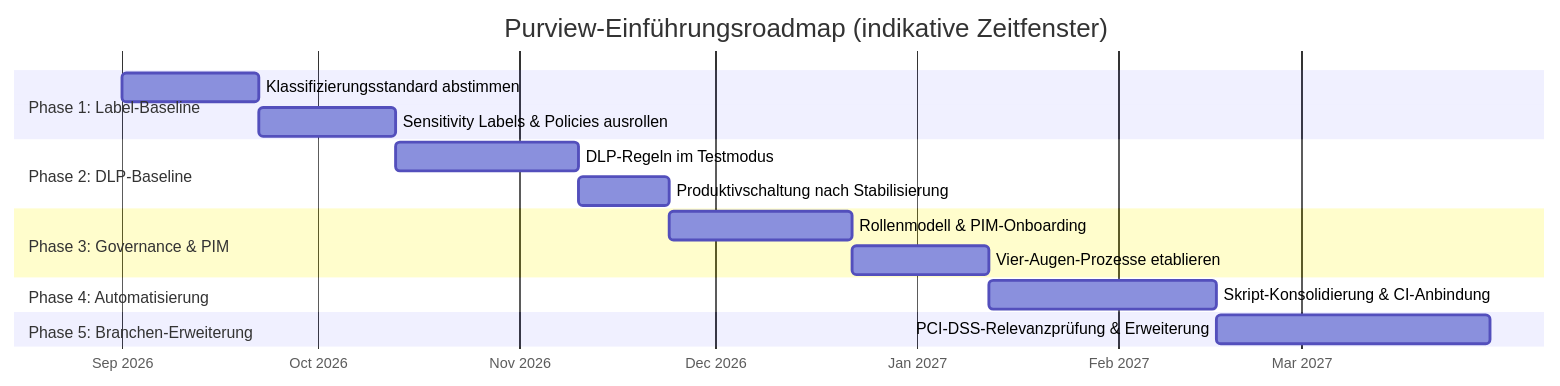
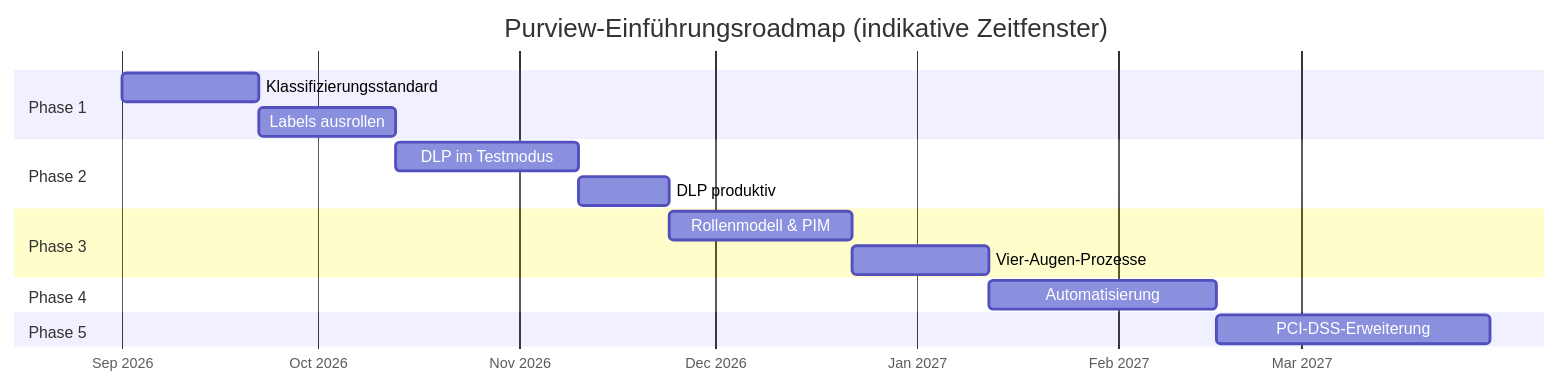
The ninth of 10 diagrams in Roadmap/Visualisierungen.md (WeissiEfficiency/Purview), drawn with Mermaid before and after one commit. The commit also changed other lines of this file, not shown here.

Commit message:
Roadmap: Visualisierungen ueberarbeitet - technische Fehler behoben, RACI als Tabelle, klarere Layouts

````diff
--- a/Roadmap/Visualisierungen.md
+++ b/Roadmap/Visualisierungen.md
@@ -169,24 +166,24 @@
 ```mermaid
 gantt
     dateFormat  YYYY-MM-DD
     axisFormat  %b %Y
     title Purview-Einführungsroadmap (indikative Zeitfenster)
 
-    section Phase 1: Label-Baseline
-    Klassifizierungsstandard abstimmen      :p1a, 2026-09-01, 3w
-    Sensitivity Labels & Policies ausrollen :p1b, after p1a, 3w
+    section Phase 1
+    Klassifizierungsstandard      :p1a, 2026-09-01, 3w
+    Labels ausrollen              :p1b, after p1a, 3w
 
-    section Phase 2: DLP-Baseline
-    DLP-Regeln im Testmodus                 :p2a, after p1b, 4w
-    Produktivschaltung nach Stabilisierung  :p2b, after p2a, 2w
+    section Phase 2
+    DLP im Testmodus              :p2a, after p1b, 4w
+    DLP produktiv                 :p2b, after p2a, 2w
 
-    section Phase 3: Governance & PIM
-    Rollenmodell & PIM-Onboarding           :p3a, after p2b, 4w
-    Vier-Augen-Prozesse etablieren          :p3b, after p3a, 3w
+    section Phase 3
+    Rollenmodell & PIM            :p3a, after p2b, 4w
+    Vier-Augen-Prozesse           :p3b, after p3a, 3w
 
-    section Phase 4: Automatisierung
-    Skript-Konsolidierung & CI-Anbindung    :p4a, after p3b, 5w
+    section Phase 4
+    Automatisierung               :p4a, after p3b, 5w
 
-    section Phase 5: Branchen-Erweiterung
-    PCI-DSS-Relevanzprüfung & Erweiterung   :p5a, after p4a, 6w
+    section Phase 5
+    PCI-DSS-Erweiterung           :p5a, after p4a, 6w
 ```
````
